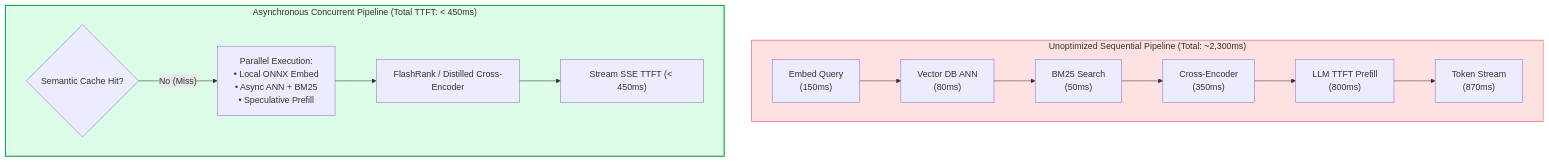
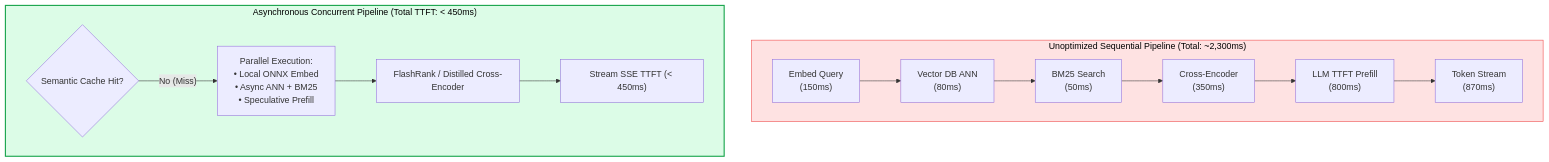
One commit to swapnil3104/RAG-Engineering changed the first of 3 diagrams in 08-RAG-Evaluation-and-Optimization/Latency-Optimization.md. Above: the diagram before and after it, drawn with Mermaid. The commit also changed other lines of this file and 108 other files, not shown here.

Commit message:
fix: make chart text visible across all Mermaid diagrams and resolve markdown table formatting issues

````diff
--- a/08-RAG-Evaluation-and-Optimization/Latency-Optimization.md
+++ b/08-RAG-Evaluation-and-Optimization/Latency-Optimization.md
@@ -32,18 +32,18 @@
 ```mermaid
 flowchart TD
     subgraph NaiveSync ["Unoptimized Sequential Pipeline (Total: ~2,300ms)"]
         direction LR
         S1["Embed Query<br/>(150ms)"] --> S2["Vector DB ANN<br/>(80ms)"] --> S3["BM25 Search<br/>(50ms)"] --> S4["Cross-Encoder<br/>(350ms)"] --> S5["LLM TTFT Prefill<br/>(800ms)"] --> S6["Token Stream<br/>(870ms)"]
     end
 
     subgraph AsyncOptimized ["Asynchronous Concurrent Pipeline (Total TTFT: < 450ms)"]
         direction LR
         A_Cache{"Semantic Cache Hit?"}
         A_Cache -->|"No (Miss)"| A_Par["Parallel Execution:<br/>• Local ONNX Embed<br/>• Async ANN + BM25<br/>• Speculative Prefill"]
         A_Par --> A_FastRerank["FlashRank / Distilled Cross-Encoder"]
         A_FastRerank --> A_Stream["Stream SSE TTFT (< 450ms)"]
     end
 
-    style NaiveSync fill:#fee2e2,stroke:#ef4444
-    style AsyncOptimized fill:#dcfce7,stroke:#16a34a,stroke-width:2px
+    style NaiveSync fill:#fee2e2,stroke:#ef4444,color:#000000
+    style AsyncOptimized fill:#dcfce7,stroke:#16a34a,stroke-width:2px,color:#000000
 ```
````
